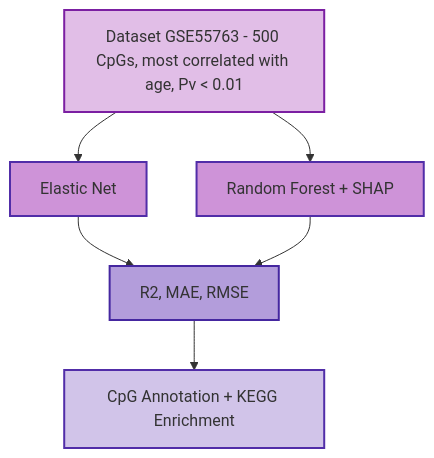
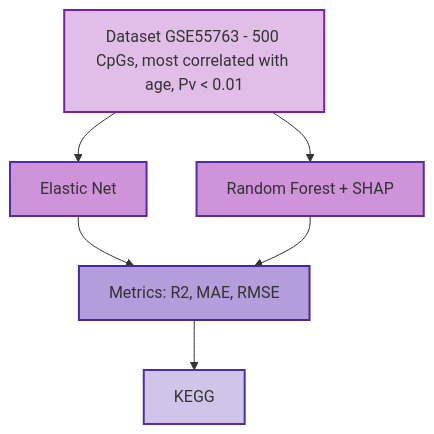
One commit to Magal88/BINF7700_Capstone_Eisik_Magali changed the diagram in README.md. Above: the diagram before and after it, drawn with Mermaid.

Commit message:
Clarify metrics and downstream analysis in README

````diff
--- a/README.md
+++ b/README.md
@@ -10,20 +10,20 @@
 ```mermaid
 flowchart TD
     %% Input
     A[Dataset GSE55763 - 500 CpGs, most correlated with age, Pv &lt; 0.01] --> B[Elastic Net]
     A --> C[Random Forest + SHAP]
 
     %% Model Performance
-    B --> D[R2, MAE, RMSE]
+    B --> D[Metrics: R2, MAE, RMSE]
     C --> D
 
     %% Downstream Analysis
-    D --> E[CpG Annotation + KEGG Enrichment]
+    D --> E[KEGG]
 
     %% Styles
     style A fill:#e1bee7,stroke:#7b1fa2,stroke-width:2px
     style B fill:#ce93d8,stroke:#512da8,stroke-width:2px
     style C fill:#ce93d8,stroke:#512da8,stroke-width:2px
     style D fill:#b39ddb,stroke:#4527a0,stroke-width:2px
     style E fill:#d1c4e9,stroke:#512da8,stroke-width:2px
 ```
````
